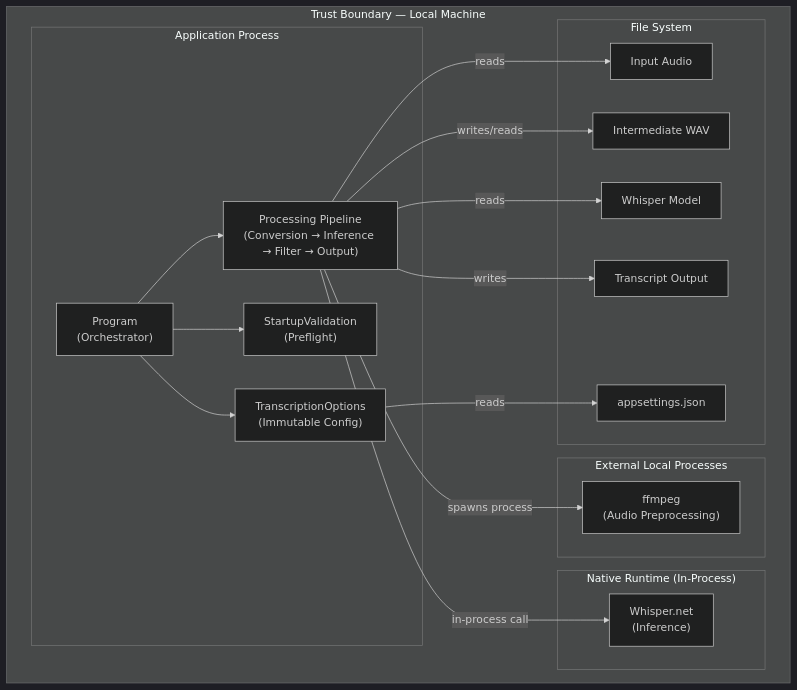
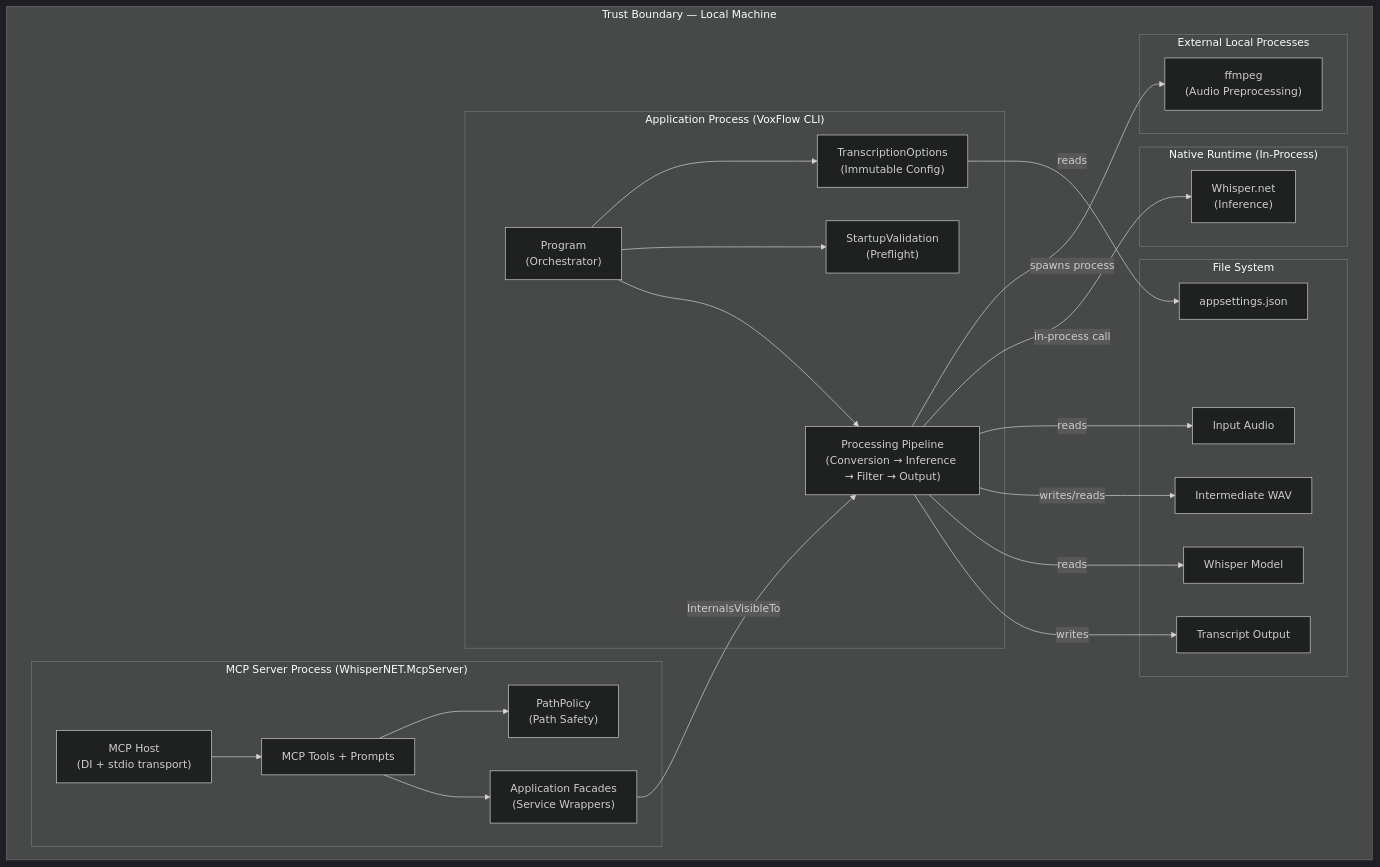
One commit to artemsemdev/VoxFlow changed the second of 2 diagrams in ARCHITECTURE.md. Above: the diagram before and after it, drawn with Mermaid (dark theme). The commit also changed other lines of this file and 34 other files, not shown here.

First line of the commit message:
feat: Implement MCP server with path policy and configuration options

````diff
--- a/ARCHITECTURE.md
+++ b/ARCHITECTURE.md
@@ -94,38 +111,49 @@
 ```mermaid
 flowchart TB
     subgraph trust["Trust Boundary — Local Machine"]
-        subgraph app["Application Process"]
+        subgraph app["Application Process (VoxFlow CLI)"]
             orchestrator["Program<br/>(Orchestrator)"]
             config["TranscriptionOptions<br/>(Immutable Config)"]
             validation["StartupValidation<br/>(Preflight)"]
             pipeline["Processing Pipeline<br/>(Conversion → Inference → Filter → Output)"]
+        end
+
+        subgraph mcp["MCP Server Process (WhisperNET.McpServer)"]
+            mcp_host["MCP Host<br/>(DI + stdio transport)"]
+            mcp_tools["MCP Tools + Prompts"]
+            pathpolicy["PathPolicy<br/>(Path Safety)"]
+            facades["Application Facades<br/>(Service Wrappers)"]
         end
 
         subgraph external["External Local Processes"]
             ffmpeg["ffmpeg<br/>(Audio Preprocessing)"]
         end
 
         subgraph runtime["Native Runtime (In-Process)"]
             whisper["Whisper.net<br/>(Inference)"]
         end
 
         subgraph storage["File System"]
             input["Input Audio"]
             intermediate["Intermediate WAV"]
             model["Whisper Model"]
             output["Transcript Output"]
             settings["appsettings.json"]
         end
     end
 
     orchestrator --> config
     orchestrator --> validation
     orchestrator --> pipeline
+    mcp_host --> mcp_tools
+    mcp_tools --> pathpolicy
+    mcp_tools --> facades
+    facades -->|InternalsVisibleTo| pipeline
     pipeline -->|spawns process| ffmpeg
     pipeline -->|in-process call| whisper
     pipeline -->|reads| input
     pipeline -->|writes/reads| intermediate
     pipeline -->|reads| model
     pipeline -->|writes| output
     config -->|reads| settings
 ```
````
